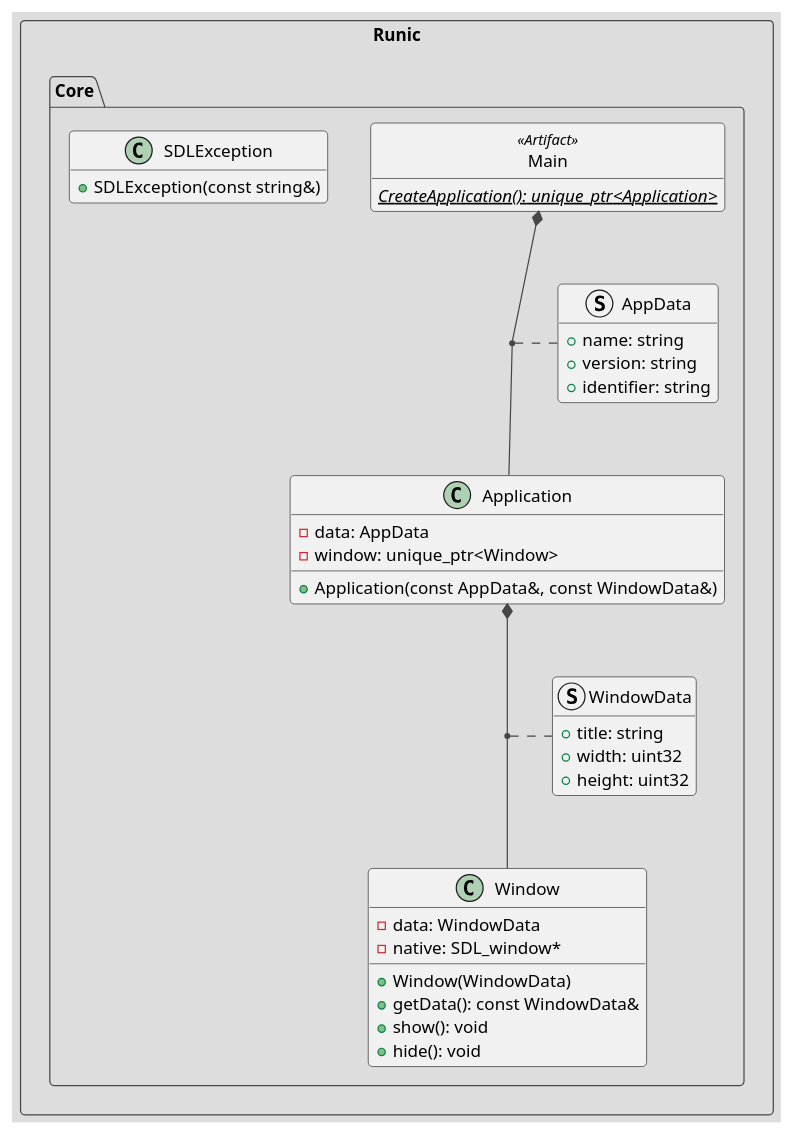
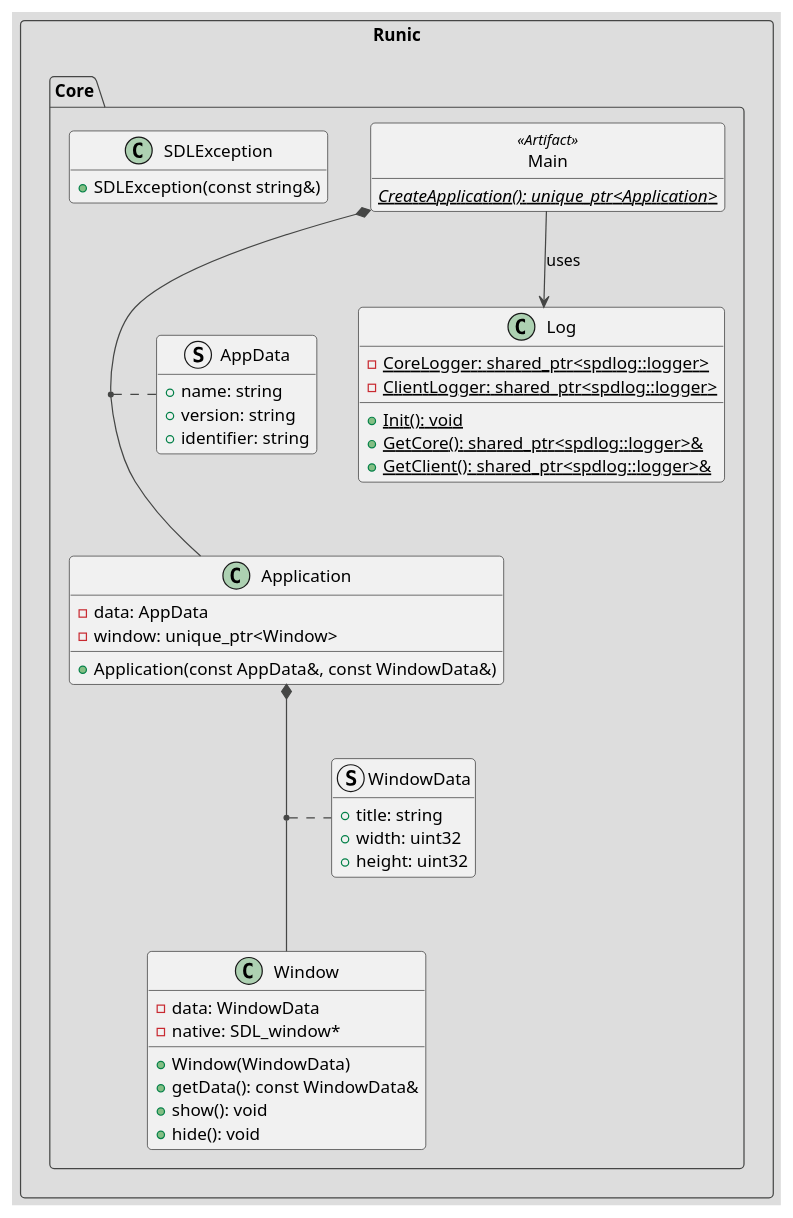
Before and after one commit to dedbox/Runic: the diagram in Runic/doc/classes.plantuml, drawn with PlantUML. The commit also changed 6 other files, not shown here.

```diff
--- a/Runic/doc/classes.plantuml
+++ b/Runic/doc/classes.plantuml
@@ -1,58 +1,68 @@
 @startuml
 !theme toy
 
 package Runic <<rectangle>> {
   package Core <<folder>> {
     class Main <<Artifact>> {
       {static} {abstract} CreateApplication(): unique_ptr<Application>
     }
 
     hide <<Artifact>> circle
     hide <<Artifact>> fields
 
     struct AppData {
       + name: string
       + version: string
       + identifier: string
     }
 
     hide AppData methods
 
     class Application {
       - data: AppData
       - window: unique_ptr<Window>
       + Application(const AppData&, const WindowData&)
     }
 
     Main *-- Application
     (Main, Application) .. AppData
 
     struct WindowData {
       + title: string
       + width: uint32
       + height: uint32
     }
 
     hide WindowData methods
 
     class Window {
       - data: WindowData
       - native: SDL_window*
       + Window(WindowData)
       + getData(): const WindowData&
       + show(): void
       + hide(): void
     }
 
     Application *-- Window
     (Application, Window) .. WindowData
 
     class SDLException {
       + SDLException(const string&)
     }
 
     hide SDLException fields
+
+    class Log {
+      {static} - CoreLogger: shared_ptr<spdlog::logger>
+      {static} - ClientLogger: shared_ptr<spdlog::logger>
+      {static} + Init(): void
+      {static} + GetCore(): shared_ptr<spdlog::logger>&
+      {static} + GetClient(): shared_ptr<spdlog::logger>&
+    }
+
+    Main --> Log : uses
   }
 }
 
 @enduml
```
